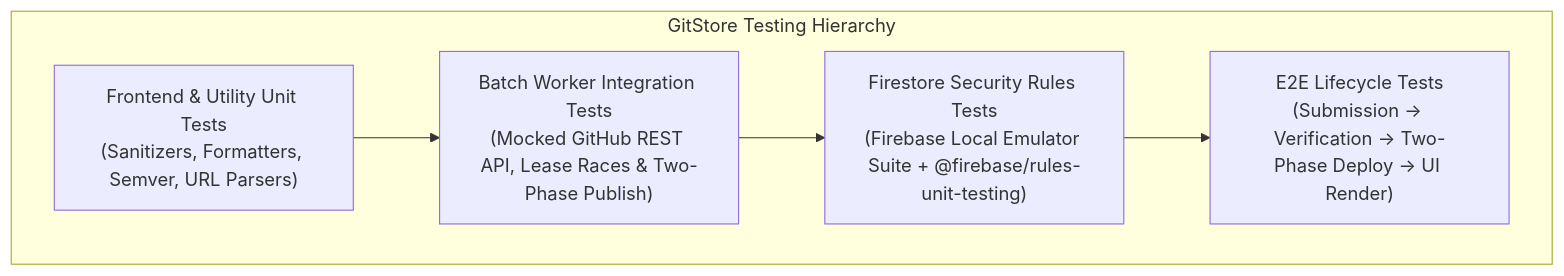
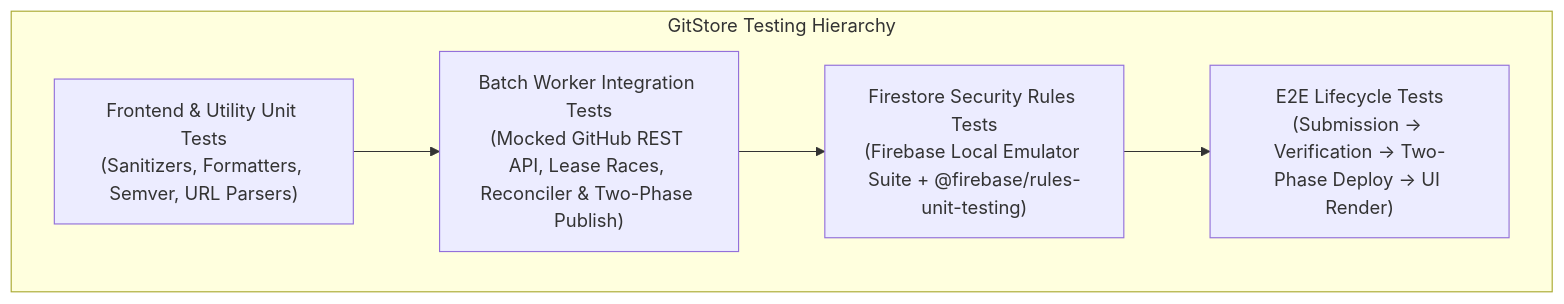
One commit to Rohitpvt/GitStore changed the diagram in docs/TESTING_STRATEGY.md. Above: the diagram before and after it, drawn with Mermaid. The commit also changed other lines of this file and 13 other files, not shown here.

First line of the commit message:
docs(phase-0.1.1): resolve critical architectural corrections

````diff
--- a/docs/TESTING_STRATEGY.md
+++ b/docs/TESTING_STRATEGY.md
@@ -22,13 +22,13 @@
 ```mermaid
 flowchart TD
     subgraph Pyramid["GitStore Testing Hierarchy"]
         E2E["E2E Lifecycle Tests\n(Submission -> Verification -> Two-Phase Deploy -> UI Render)"]
         SecRules["Firestore Security Rules Tests\n(Firebase Local Emulator Suite + @firebase/rules-unit-testing)"]
-        WorkerInteg["Batch Worker Integration Tests\n(Mocked GitHub REST API, Lease Races & Two-Phase Publish)"]
+        WorkerInteg["Batch Worker Integration Tests\n(Mocked GitHub REST API, Lease Races, Reconciler & Two-Phase Publish)"]
         Unit["Frontend & Utility Unit Tests\n(Sanitizers, Formatters, Semver, URL Parsers)"]
     end
 
     Unit --> WorkerInteg
     WorkerInteg --> SecRules
     SecRules --> E2E
 ```
````
